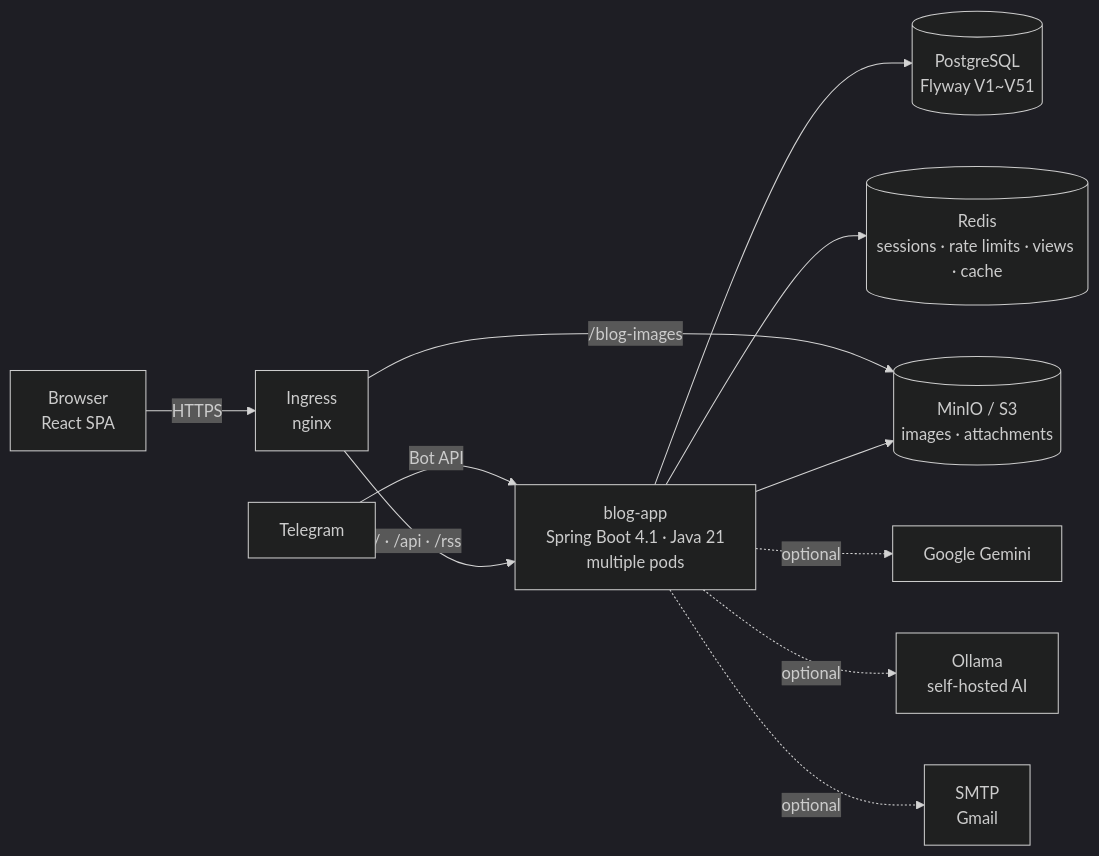
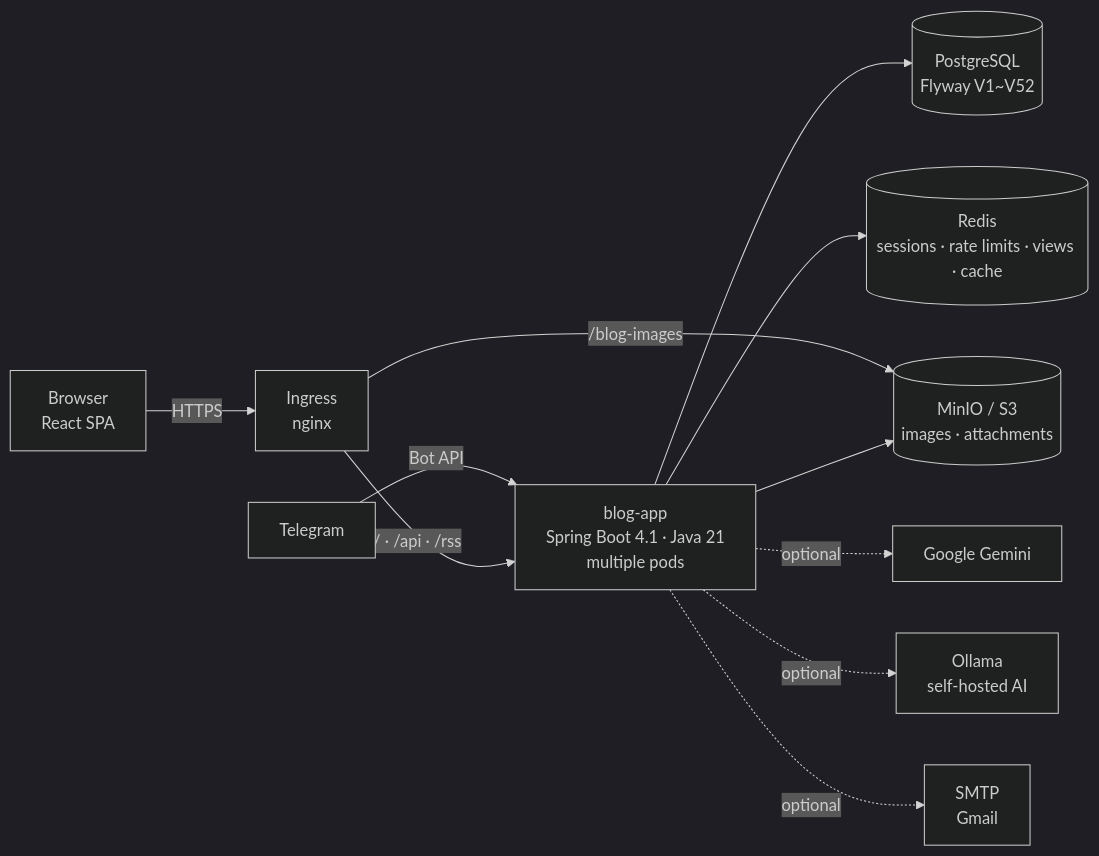
Before and after one commit to AIGJ-01-002-blog/devlog: the first of 3 diagrams in README.en.md, drawn with Mermaid (dark theme). The commit also changed other lines of this file and 18 other files, not shown here.

````diff
--- a/README.en.md
+++ b/README.en.md
@@ -160,13 +160,13 @@
 ```mermaid
 flowchart LR
     B[Browser<br/>React SPA] -->|HTTPS| I[Ingress<br/>nginx]
     T[Telegram] -->|Bot API| A
     I -->|/ · /api · /rss| A[blog-app<br/>Spring Boot 4.1 · Java 21<br/>multiple pods]
     I -->|/blog-images| M[(MinIO / S3<br/>images · attachments)]
-    A --> P[(PostgreSQL<br/>Flyway V1~V51)]
+    A --> P[(PostgreSQL<br/>Flyway V1~V52)]
     A --> R[(Redis<br/>sessions · rate limits · views · cache)]
     A --> M
     A -.optional.-> G[Google Gemini]
     A -.optional.-> O[Ollama<br/>self-hosted AI]
     A -.optional.-> S[SMTP<br/>Gmail]
 ```
````
